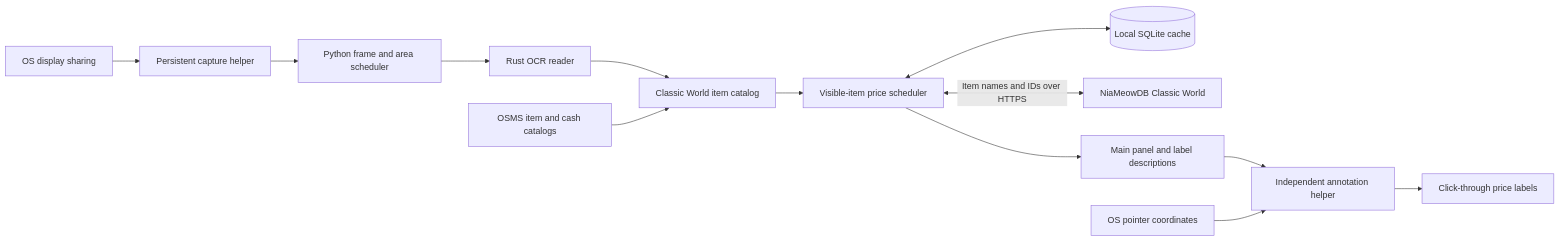
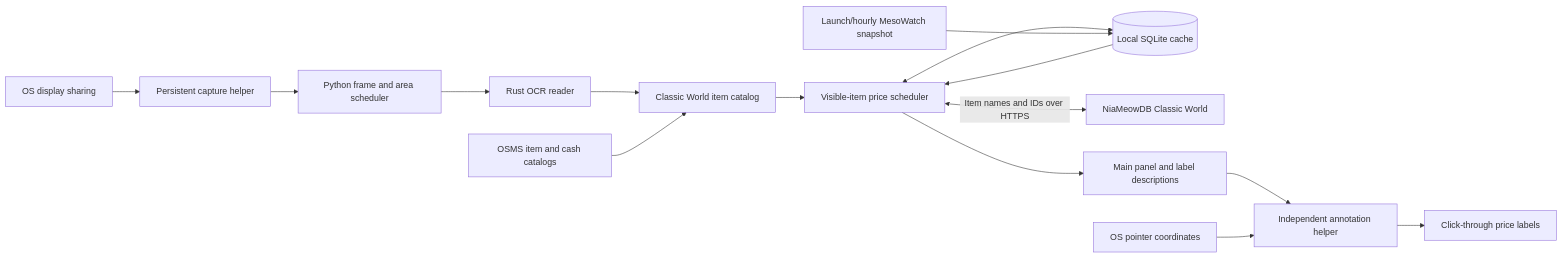
One commit to zhuffman68/classic-price-lens changed the diagram in ARCHITECTURE.md. Above: the diagram before and after it, drawn with Mermaid. The commit also changed other lines of this file and 49 other files, not shown here.

````diff
--- a/ARCHITECTURE.md
+++ b/ARCHITECTURE.md
@@ -13,15 +13,17 @@
 ```mermaid
 flowchart LR
     OS[OS display sharing] --> Stream[Persistent capture helper]
     Stream --> Capture[Python frame and area scheduler]
     Capture --> Reader[Rust OCR reader]
     Reader --> Identity[Classic World item catalog]
     Identity --> Prices[Visible-item price scheduler]
     Prices <--> Cache[(Local SQLite cache)]
     Prices <-->|Item names and IDs over HTTPS| Provider[NiaMeowDB Classic World]
+    Snapshot[Launch/hourly MesoWatch snapshot] --> Cache
+    Cache --> Prices
     Catalog[OSMS item and cash catalogs] --> Identity
     Prices --> UI[Main panel and label descriptions]
     UI --> Overlay[Independent annotation helper]
     Pointer[OS pointer coordinates] --> Overlay
     Overlay --> Labels[Click-through price labels]
 ```
````
